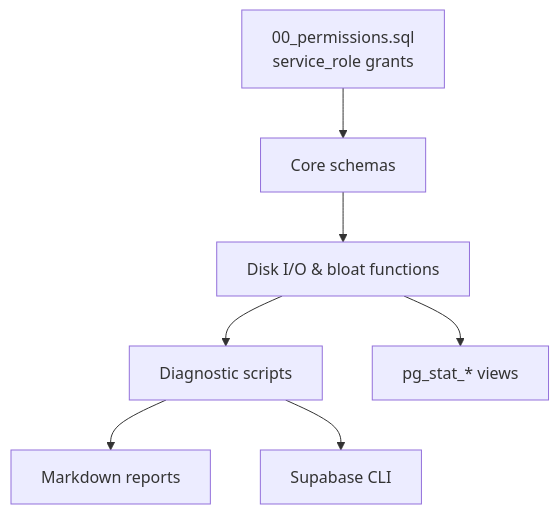
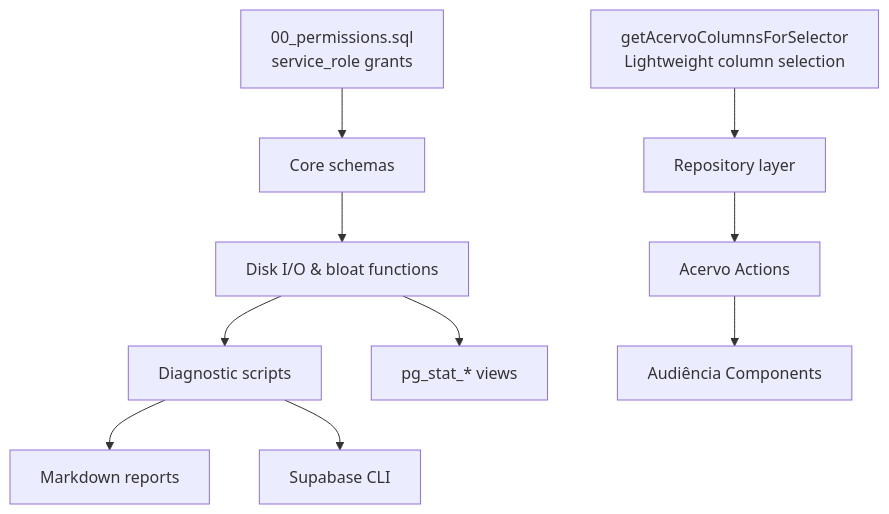
Before and after one commit to SinesysTech/zattar-os: the tenth of 10 diagrams in .qoder/repowiki/en/content/Performance and Optimization/Database Optimization.md, drawn with Mermaid. The commit also changed other lines of this file and 4 other files, not shown here.

````diff
--- a/.qoder/repowiki/en/content/Performance and Optimization/Database Optimization.md
+++ b/.qoder/repowiki/en/content/Performance and Optimization/Database Optimization.md
@@ -412,9 +569,12 @@
 ```mermaid
 graph TB
 Permissions["00_permissions.sql<br/>service_role grants"] --> Schemas["Core schemas"]
 Schemas --> Functions["Disk I/O & bloat functions"]
 Functions --> Scripts["Diagnostic scripts"]
 Scripts --> Reports["Markdown reports"]
 Functions --> Stats["pg_stat_* views"]
 Scripts --> CLI["Supabase CLI"]
+Selectors["getAcervoColumnsForSelector<br/>Lightweight column selection"] --> Repository["Repository layer"]
+Repository --> Actions["Acervo Actions"]
+Actions --> AudienciaComponents["Audiência Components"]
 ```
````
